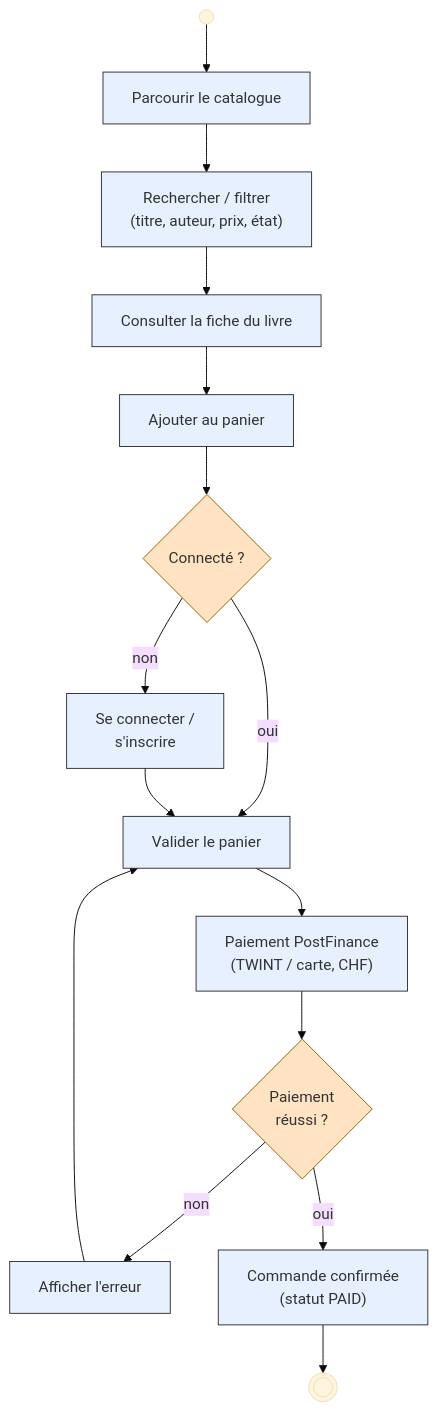
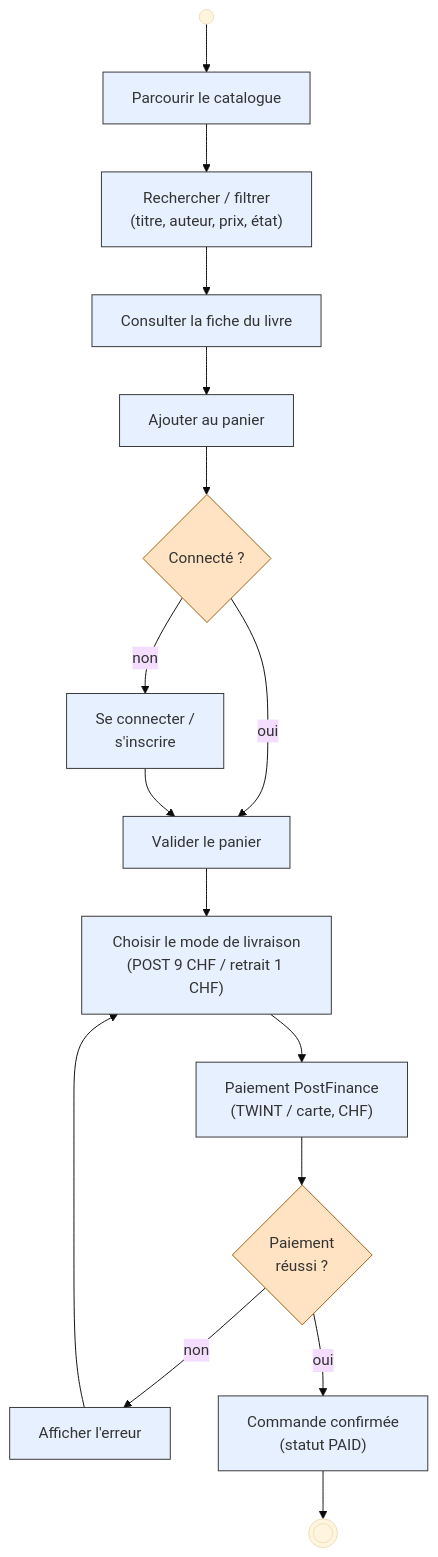
One commit to Visualstudiocodetest/caribooks changed the diagram in diagrams/activites_achat.mmd. Above: the diagram before and after it, drawn with Mermaid (base theme). The commit also changed 27 other files, not shown here.

```diff
--- a/diagrams/activites_achat.mmd
+++ b/diagrams/activites_achat.mmd
@@ -1,21 +1,22 @@
 %% Diagramme d'activités — Parcours d'achat complet
 flowchart TD
     start((" ")) --> a1["Parcourir le catalogue"]
     a1 --> a2["Rechercher / filtrer<br/>(titre, auteur, prix, état)"]
     a2 --> a3["Consulter la fiche du livre"]
     a3 --> a4["Ajouter au panier"]
     a4 --> d1{"Connecté ?"}
     d1 -->|non| a5["Se connecter /<br/>s'inscrire"]
     d1 -->|oui| a6["Valider le panier"]
     a5 --> a6
-    a6 --> a7["Paiement PostFinance<br/>(TWINT / carte, CHF)"]
+    a6 --> a6b["Choisir le mode de livraison<br/>(POST 9 CHF / retrait 1 CHF)"]
+    a6b --> a7["Paiement PostFinance<br/>(TWINT / carte, CHF)"]
     a7 --> d2{"Paiement<br/>réussi ?"}
     d2 -->|non| a8["Afficher l'erreur"]
-    a8 --> a6
+    a8 --> a6b
     d2 -->|oui| a9["Commande confirmée<br/>(statut PAID)"]
     a9 --> done(((" ")))
 
     classDef act fill:#e7f0ff,stroke:#333;
     classDef dec fill:#ffe3c2,stroke:#9a5b0a;
-    class a1,a2,a3,a4,a5,a6,a7,a8,a9 act;
+    class a1,a2,a3,a4,a5,a6,a6b,a7,a8,a9 act;
     class d1,d2 dec;
```
